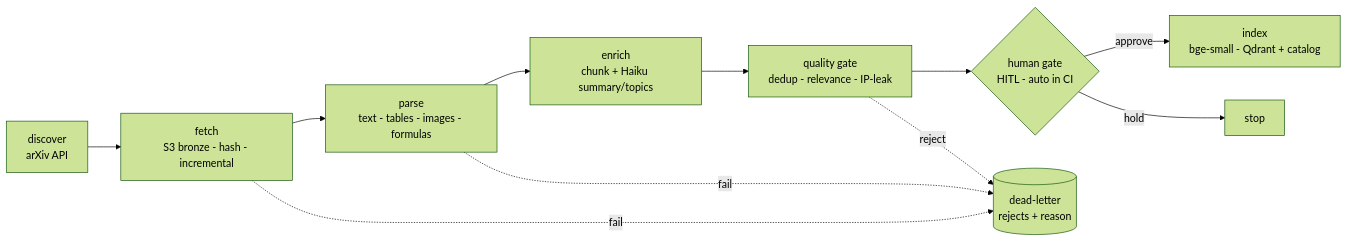
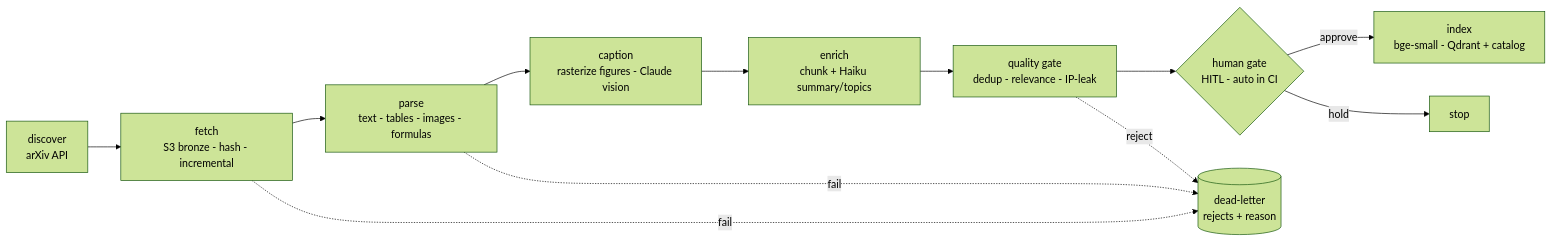
One commit to hemantsadhwani/yantra-research-lab changed the second of 3 diagrams in architecture/02a-data-ingestion-asbuilt.md. Above: the diagram before and after it, drawn with Mermaid (forest theme). The commit also changed other lines of this file and 15 other files, not shown here.

First line of the commit message:
Sub-project A: multimodal figure vision-captioning

````diff
--- a/architecture/02a-data-ingestion-asbuilt.md
+++ b/architecture/02a-data-ingestion-asbuilt.md
@@ -66,13 +67,14 @@
 ```mermaid
 flowchart LR
   D[discover\narXiv API] --> F[fetch\nS3 bronze - hash - incremental]
   F --> P[parse\ntext - tables - images - formulas]
-  P --> E[enrich\nchunk + Haiku summary/topics]
+  P --> C[caption\nrasterize figures - Claude vision]
+  C --> E[enrich\nchunk + Haiku summary/topics]
   E --> Q[quality gate\ndedup - relevance - IP-leak]
   Q --> G{human gate\nHITL - auto in CI}
   G -->|approve| I[index\nbge-small - Qdrant + catalog]
   G -->|hold| X[stop]
   F -.->|fail| DL[(dead-letter\nrejects + reason)]
   P -.->|fail| DL
   Q -.->|reject| DL
 ```
````
